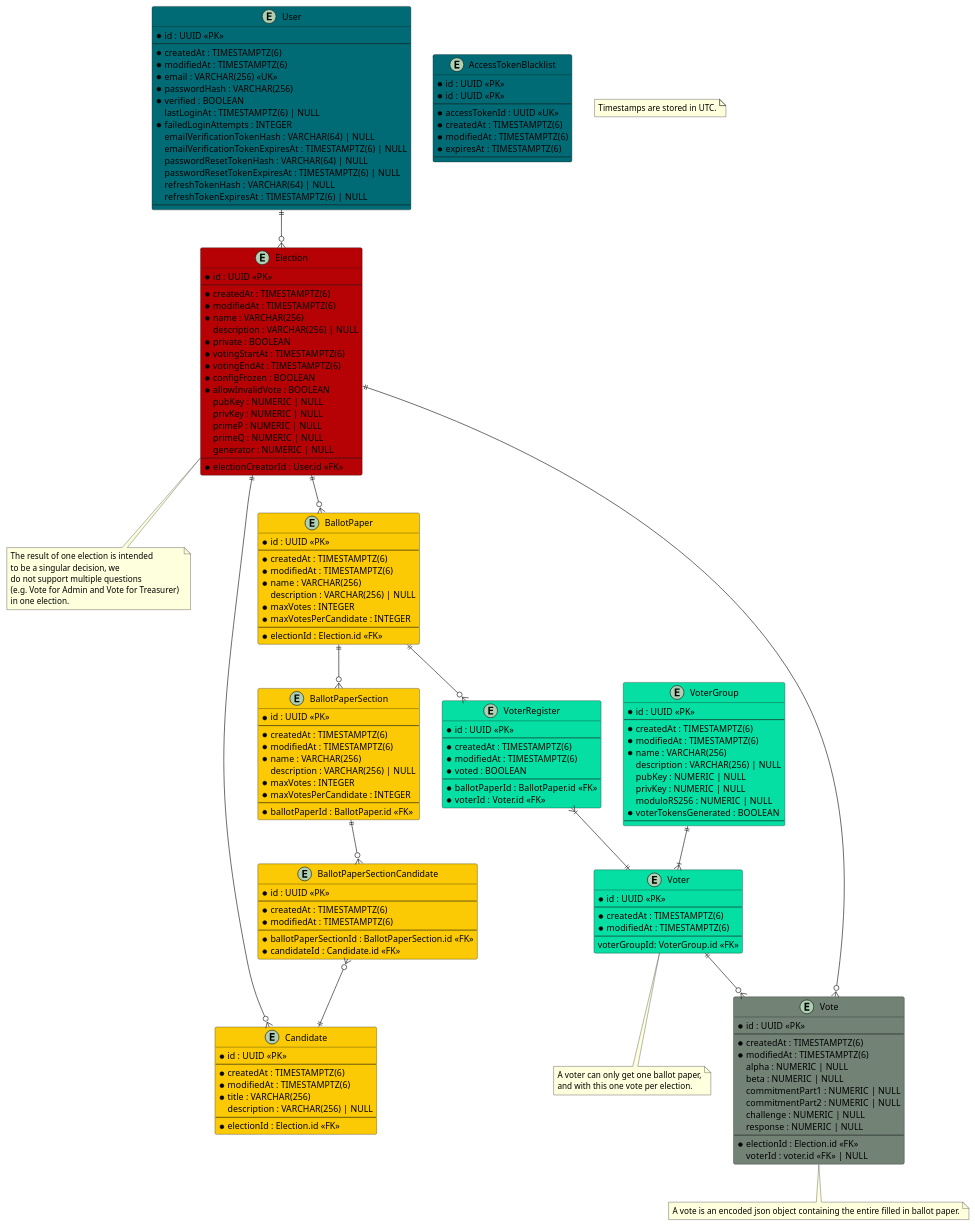
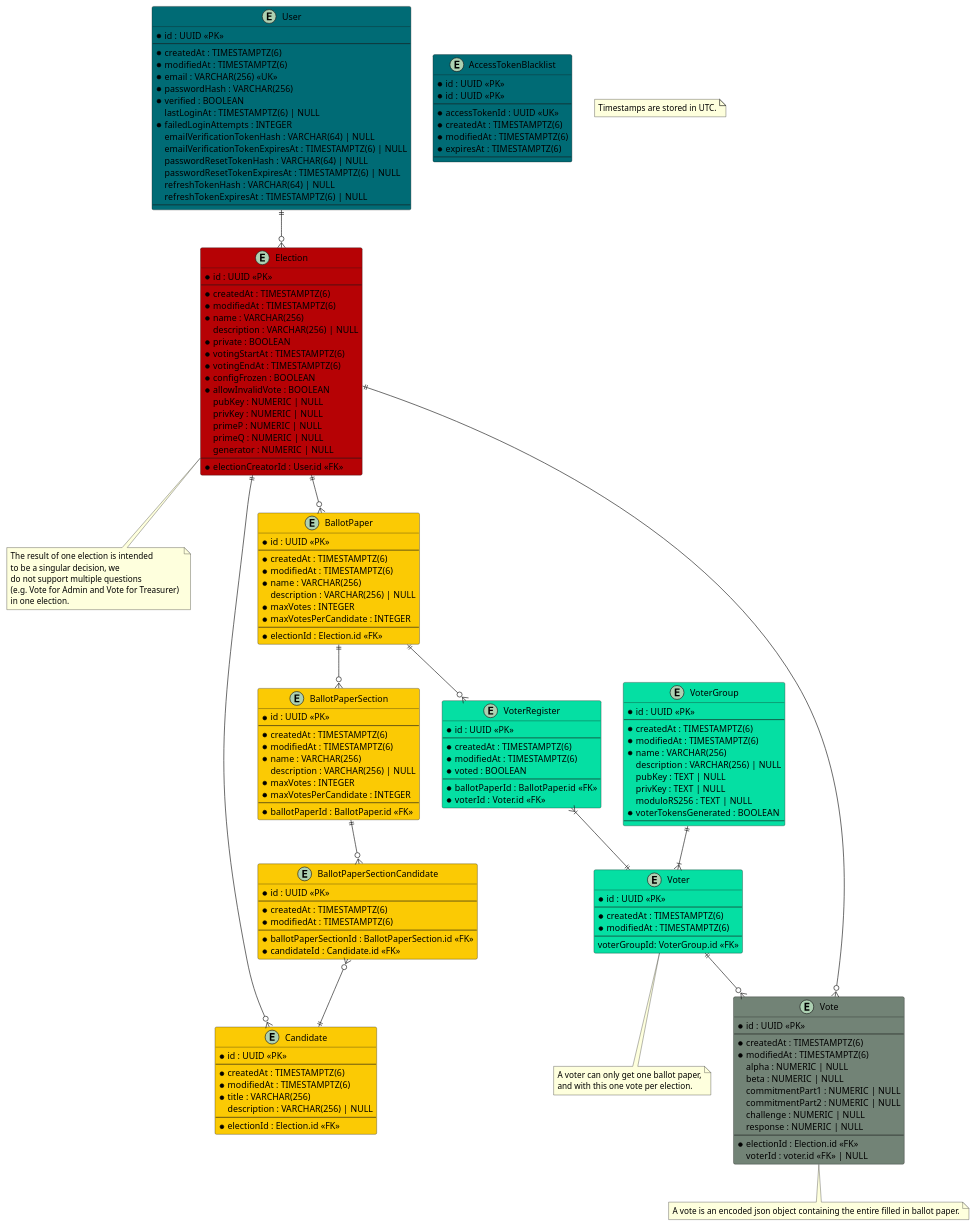
Before and after one commit to SE-UUlm/votura: the diagram in apps/docs/static/uml/dataModel.puml, drawn with PlantUML. The commit also changed 2 other files, not shown here.

Commit message:
#121: change type to TEXT

```diff
--- a/apps/docs/static/uml/dataModel.puml
+++ b/apps/docs/static/uml/dataModel.puml
@@ -1,196 +1,196 @@
 @startuml dataModel
 
 entity "User" as user #006b75 {
     * id : UUID <<PK>>
     --
     * createdAt : TIMESTAMPTZ(6)
     * modifiedAt : TIMESTAMPTZ(6)
     * email : VARCHAR(256) <<UK>>
     * passwordHash : VARCHAR(256)
     * verified : BOOLEAN
     lastLoginAt : TIMESTAMPTZ(6) | NULL
     ' failed login attempts get reset on successful login
     * failedLoginAttempts : INTEGER
     emailVerificationTokenHash : VARCHAR(64) | NULL
     emailVerificationTokenExpiresAt : TIMESTAMPTZ(6) | NULL
     passwordResetTokenHash : VARCHAR(64) | NULL
     passwordResetTokenExpiresAt : TIMESTAMPTZ(6) | NULL
     refreshTokenHash : VARCHAR(64) | NULL
     refreshTokenExpiresAt : TIMESTAMPTZ(6) | NULL
     --
 }
 
 entity "AccessTokenBlacklist" as jwtBlacklist #006b75 {
     ' this table is used to store blacklisted access tokens
     ' The jti is 36 characters long if we use UUIDv4
     * id : UUID <<PK>>
     * id : UUID <<PK>>
     --
     * accessTokenId : UUID <<UK>>
     * createdAt : TIMESTAMPTZ(6)
     * modifiedAt : TIMESTAMPTZ(6)
     * expiresAt : TIMESTAMPTZ(6)
     --
 }
 
 entity "Election" as elections #b60205 {
     * id : UUID <<PK>>
     --
     * createdAt : TIMESTAMPTZ(6)
     * modifiedAt : TIMESTAMPTZ(6)
     * name : VARCHAR(256)
     description : VARCHAR(256) | NULL
     * private : BOOLEAN
     * votingStartAt : TIMESTAMPTZ(6)
     * votingEndAt : TIMESTAMPTZ(6)
     * configFrozen : BOOLEAN
     * allowInvalidVote : BOOLEAN
     ' Is there a use case for `votesCounted`?
     ' * votesCounted : BOOLEAN
     ' * votesCounted : BOOLEAN
     ' Computed values such as validVotes and invalidVotes are critical - do we really want to store them?
     ' validVotes : NUMERIC | NULL
     ' invalidVotes : NUMERIC | NULL
     pubKey : NUMERIC | NULL
     privKey : NUMERIC | NULL
     primeP : NUMERIC | NULL
     primeQ : NUMERIC | NULL
     generator : NUMERIC | NULL
     --
     * electionCreatorId : User.id <<FK>>
 }
 
 note as N2
 The result of one election is intended 
 to be a singular decision, we 
 do not support multiple questions 
 (e.g. Vote for Admin and Vote for Treasurer) 
 in one election.
 end note
 
 entity "BallotPaper" as ballotPapers #fbca04 {
     * id : UUID <<PK>>
     --
     * createdAt : TIMESTAMPTZ(6)
     * modifiedAt : TIMESTAMPTZ(6)
     * name : VARCHAR(256)
     description : VARCHAR(256) | NULL
     * maxVotes : INTEGER
     * maxVotesPerCandidate : INTEGER
     --
     * electionId : Election.id <<FK>>
 }
 
 entity "BallotPaperSection" as ballotPaperSections #fbca04 {
     * id : UUID <<PK>>
     --
     * createdAt : TIMESTAMPTZ(6)
     * modifiedAt : TIMESTAMPTZ(6)
     * name : VARCHAR(256)
     description : VARCHAR(256) | NULL
     * maxVotes : INTEGER
     * maxVotesPerCandidate : INTEGER
     --
     * ballotPaperId : BallotPaper.id <<FK>>
 }
 
 entity "BallotPaperSectionCandidate" as ballotPaperSectionCandidates #fbca04 {
     * id : UUID <<PK>>
     --
     * createdAt : TIMESTAMPTZ(6)
     * modifiedAt : TIMESTAMPTZ(6)
     --
     * ballotPaperSectionId : BallotPaperSection.id <<FK>>
     * candidateId : Candidate.id <<FK>>
 }
 
 entity "Candidate" as candidates #fbca04 {
     * id : UUID <<PK>>
     --
     * createdAt : TIMESTAMPTZ(6)
     * modifiedAt : TIMESTAMPTZ(6)
     * title : VARCHAR(256)
     description : VARCHAR(256) | NULL
     --
     * electionId : Election.id <<FK>>
 }
 
 entity "Vote" as votes #728376 {
     * id : UUID <<PK>>
     --
     * createdAt : TIMESTAMPTZ(6)
     * modifiedAt : TIMESTAMPTZ(6)
     alpha : NUMERIC | NULL
     beta : NUMERIC | NULL
     commitmentPart1 : NUMERIC | NULL
     commitmentPart2 : NUMERIC | NULL
     challenge : NUMERIC | NULL
     response : NUMERIC | NULL
     --
     * electionId : Election.id <<FK>>
     ' if the vote isn't secret, voter can be saved
     voterId : voter.id <<FK>> | NULL
 }
 note as N4
 A vote is an encoded json object containing the entire filled in ballot paper.
 end note
 
 entity "VoterRegister" as voterRegisters #05DFA3 {
     * id : UUID <<PK>>
     --
     * createdAt : TIMESTAMPTZ(6)
     * modifiedAt : TIMESTAMPTZ(6)
     * voted : BOOLEAN
     --
     * ballotPaperId : BallotPaper.id <<FK>>
     * voterId : Voter.id <<FK>>
 }
 
 entity "Voter" as voters #05DFA3 {
     * id : UUID <<PK>>
     --
     * createdAt : TIMESTAMPTZ(6)
     * modifiedAt : TIMESTAMPTZ(6)
     --
     voterGroupId: VoterGroup.id <<FK>>
 }
 note as N3
 A voter can only get one ballot paper,
 and with this one vote per election.
 end note
 
 entity "VoterGroup" as voterGroups #05DFA3 {
     * id : UUID <<PK>>
     --
     * createdAt : TIMESTAMPTZ(6)
     * modifiedAt : TIMESTAMPTZ(6)
     * name : VARCHAR(256)
     description : VARCHAR(256) | NULL
-    pubKey : NUMERIC | NULL
-    privKey : NUMERIC | NULL
-    moduloRS256 : NUMERIC | NULL
+    pubKey : TEXT | NULL
+    privKey : TEXT | NULL
+    moduloRS256 : TEXT | NULL
     * voterTokensGenerated : BOOLEAN
     --
 }
 
 note as N1
 Timestamps are stored in UTC.
 end note
 
 user ||--o{ elections
 elections ||--o{ ballotPapers
 elections -- N2
 elections ||--o{ candidates
 ballotPapers ||--o{ voterRegisters
 voterRegisters }|--|| voters
 ballotPapers ||--o{ ballotPaperSections
 ' ballotPaperSections -- C_2
 ballotPaperSections ||--o{ ballotPaperSectionCandidates
 ballotPaperSectionCandidates }o--|| candidates
 votes }o--|| elections
 voters ||--o{ votes
 voterGroups ||--|{ voters
 voters -- N3
 votes -- N4
 
 @enduml
```
